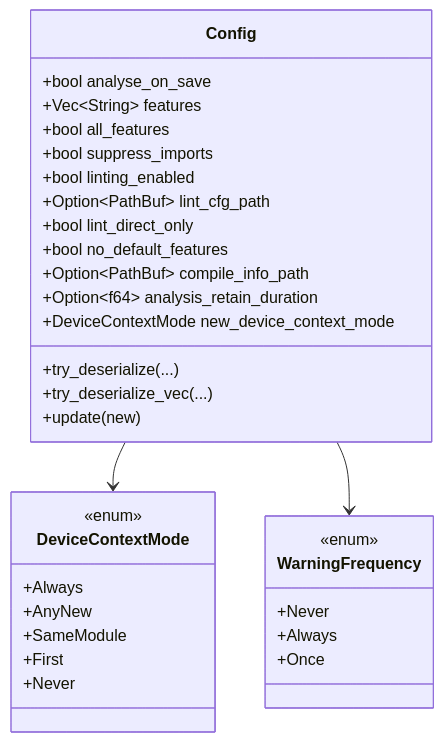
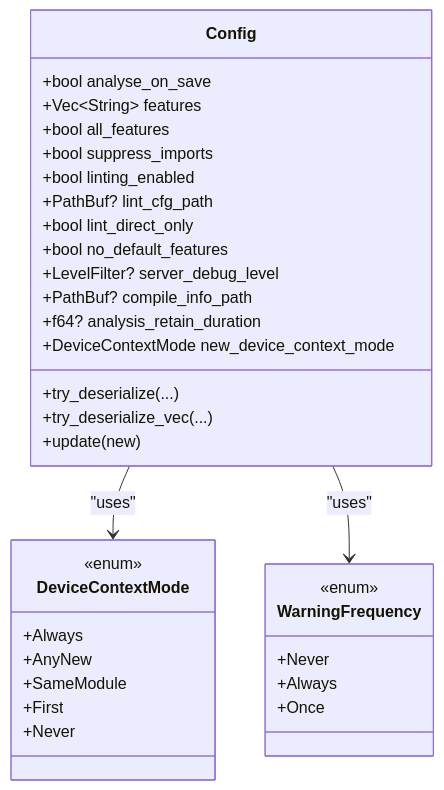
Before and after one commit to fenghaitao/dml-language-server: the third of 9 diagrams in .qoder/repowiki/en/content/Configuration Management.md, drawn with Mermaid. The commit also changed other lines of this file and 119 other files, not shown here.

````diff
--- a/.qoder/repowiki/en/content/Configuration Management.md
+++ b/.qoder/repowiki/en/content/Configuration Management.md
@@ -150,35 +161,36 @@
 ```mermaid
 classDiagram
 class Config {
 +bool analyse_on_save
 +Vec~String~ features
 +bool all_features
 +bool suppress_imports
 +bool linting_enabled
-+Option~PathBuf~ lint_cfg_path
++PathBuf? lint_cfg_path
 +bool lint_direct_only
 +bool no_default_features
-+Option~PathBuf~ compile_info_path
-+Option~f64~ analysis_retain_duration
++LevelFilter? server_debug_level
++PathBuf? compile_info_path
++f64? analysis_retain_duration
 +DeviceContextMode new_device_context_mode
 +try_deserialize(...)
 +try_deserialize_vec(...)
 +update(new)
 }
 class DeviceContextMode {
 <<enum>>
 +Always
 +AnyNew
 +SameModule
 +First
 +Never
 }
 class WarningFrequency {
 <<enum>>
 +Never
 +Always
 +Once
 }
-Config --> DeviceContextMode
-Config --> WarningFrequency
+Config --> DeviceContextMode : "uses"
+Config --> WarningFrequency : "uses"
 ```
````
